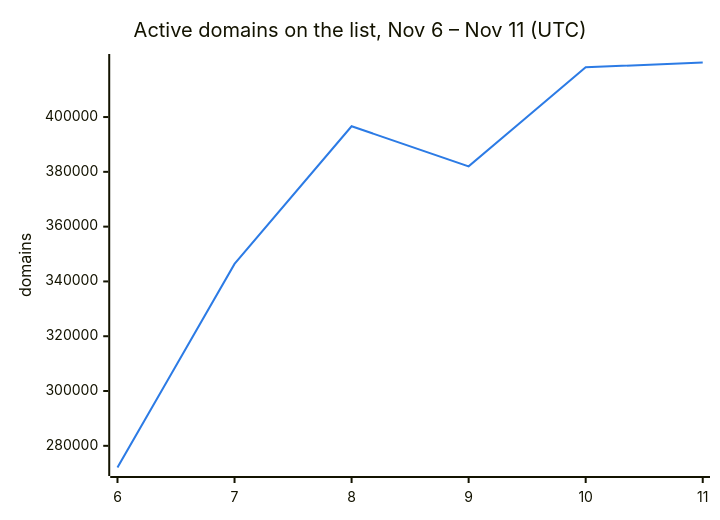
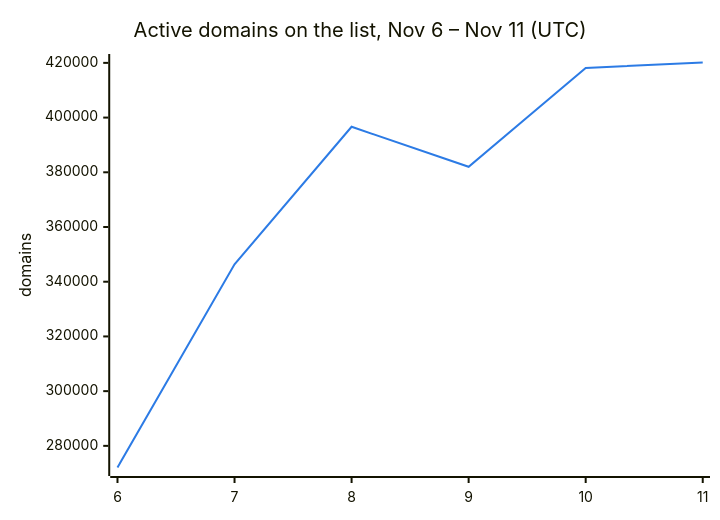
Before and after one commit to DNSBunker/CTI: the second of 3 diagrams in README.md, drawn with Mermaid. The commit also changed other lines of this file and 3 other files, not shown here.

````diff
--- a/README.md
+++ b/README.md
@@ -38,8 +38,8 @@
 ```mermaid
 %%{init: {"themeVariables": {"xyChart": {"plotColorPalette": "#2c7be5"}}}}%%
 xychart-beta
     title "Active domains on the list, Nov 6 – Nov 11 (UTC)"
     x-axis ["6", "7", "8", "9", "10", "11"]
     y-axis "domains"
-    line [272088, 346388, 396638, 382009, 418143, 419907]
+    line [272088, 346388, 396638, 382009, 418143, 420136]
 ```
````
